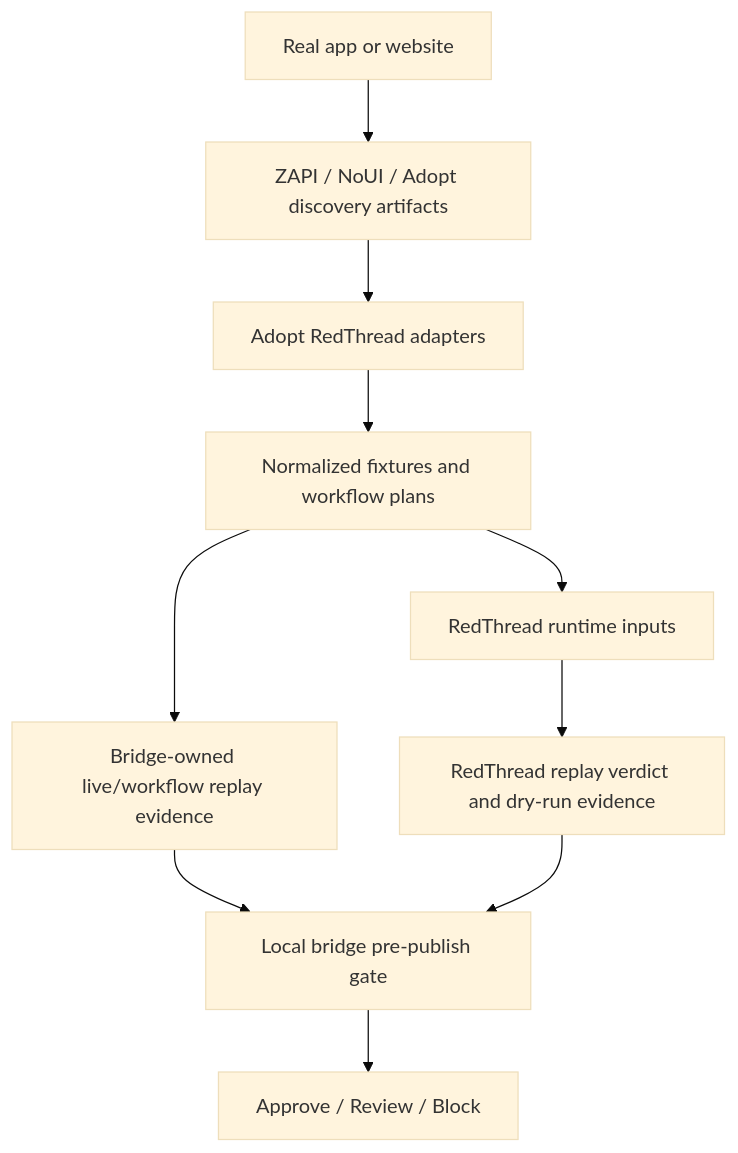
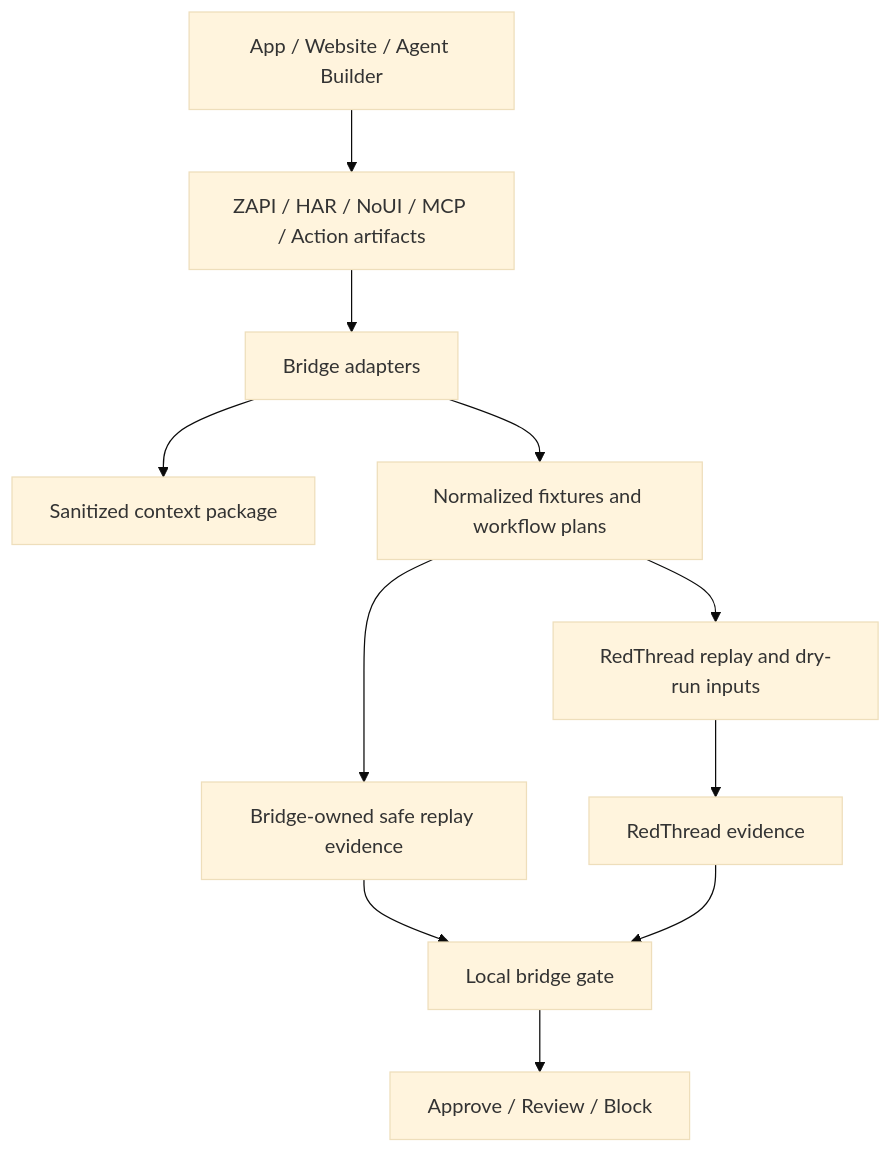
Before and after one commit to matheusht/adopt-redthread: the diagram in README.md, drawn with Mermaid (base theme). The commit also changed other lines of this file, not shown here.

Commit message:
docs: rebrand bridge readme as threadgate

````diff
--- a/README.md
+++ b/README.md
@@ -88,12 +110,13 @@
 ```mermaid
 flowchart TD
-    A[Real app or website] --> B[ZAPI / NoUI / Adopt discovery artifacts]
-    B --> C[Adopt RedThread adapters]
-    C --> D[Normalized fixtures and workflow plans]
-    D --> E[Bridge-owned live/workflow replay evidence]
-    D --> F[RedThread runtime inputs]
-    F --> G[RedThread replay verdict and dry-run evidence]
-    E --> H[Local bridge pre-publish gate]
-    G --> H
-    H --> I[Approve / Review / Block]
+    A[App / Website / Agent Builder] --> B[ZAPI / HAR / NoUI / MCP / Action artifacts]
+    B --> C[Bridge adapters]
+    C --> D[Sanitized context package]
+    C --> E[Normalized fixtures and workflow plans]
+    E --> F[Bridge-owned safe replay evidence]
+    E --> G[RedThread replay and dry-run inputs]
+    G --> H[RedThread evidence]
+    F --> I[Local bridge gate]
+    H --> I
+    I --> J[Approve / Review / Block]
 ```
````
